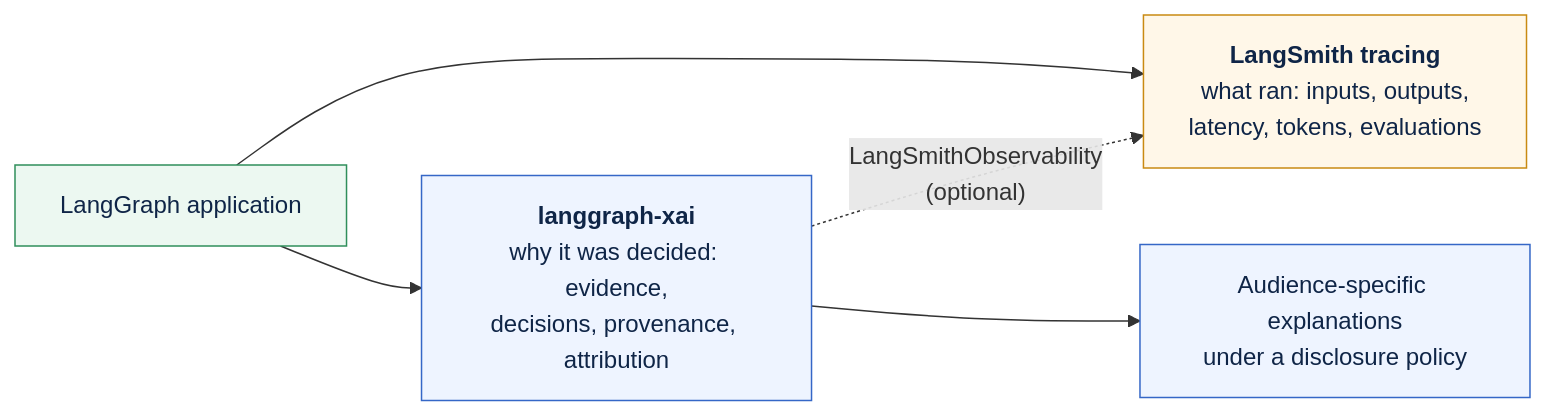
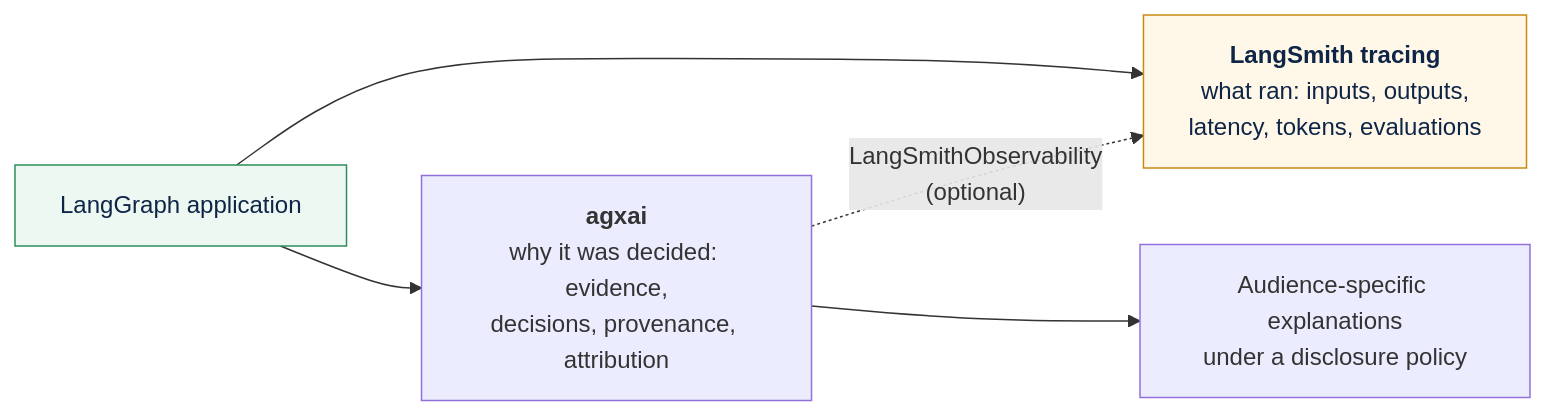
Before and after one commit to smuniharish/agxai: the diagram in diagrams/langsmith-comparison.mmd, drawn with Mermaid. The commit also changed 207 other files, not shown here.

```diff
--- a/diagrams/langsmith-comparison.mmd
+++ b/diagrams/langsmith-comparison.mmd
@@ -1,13 +1,13 @@
 flowchart LR
     classDef app fill:#ecf8f1,stroke:#2f8f5b,color:#0f2547
     classDef trace fill:#fff7e8,stroke:#c98a12,color:#0f2547
-    classDef xai fill:#eef4ff,stroke:#3567c7,color:#0f2547
+    classDef runtime fill:#eef4ff,stroke:#3567c7,color:#0f2547
 
     app["LangGraph application"]:::app
     runs["<b>LangSmith tracing</b><br/>what ran: inputs, outputs,<br/>latency, tokens, evaluations"]:::trace
-    artifacts["<b>langgraph-xai</b><br/>why it was decided: evidence,<br/>decisions, provenance, attribution"]:::xai
+    artifacts["<b>agxai</b><br/>why it was decided: evidence,<br/>decisions, provenance, attribution"]:::xai
     explanations["Audience-specific explanations<br/>under a disclosure policy"]:::xai
 
     app --> runs
     app --> artifacts --> explanations
     artifacts -. "LangSmithObservability<br/>(optional)" .-> runs
```
